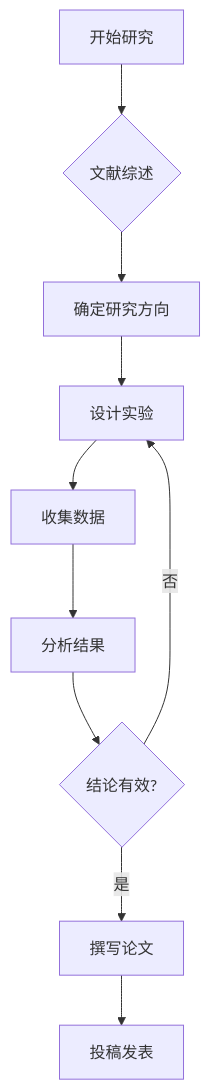
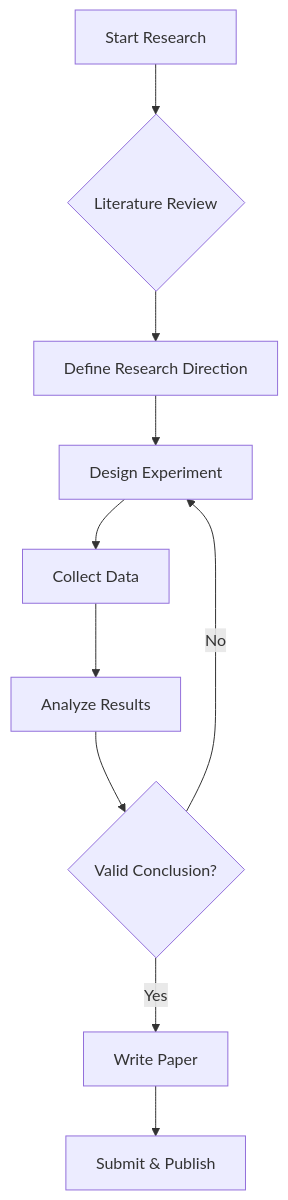
The diagram in _posts/2026-05-11-markdown-writing-guide.md (Road1228/Road1228.github.io), drawn with Mermaid before and after one commit. The commit also changed other lines of this file and 6 other files, not shown here.

````diff
--- a/_posts/2026-05-11-markdown-writing-guide.md
+++ b/_posts/2026-05-11-markdown-writing-guide.md
@@ -99,12 +99,12 @@
 ```mermaid
 graph TD
-    A[开始研究] --> B{文献综述}
-    B --> C[确定研究方向]
-    C --> D[设计实验]
-    D --> E[收集数据]
-    E --> F[分析结果]
-    F --> G{结论有效?}
-    G -->|是| H[撰写论文]
-    G -->|否| D
-    H --> I[投稿发表]
+    A[Start Research] --> B{Literature Review}
+    B --> C[Define Research Direction]
+    C --> D[Design Experiment]
+    D --> E[Collect Data]
+    E --> F[Analyze Results]
+    F --> G{Valid Conclusion?}
+    G -->|Yes| H[Write Paper]
+    G -->|No| D
+    H --> I[Submit & Publish]
 ```
````
